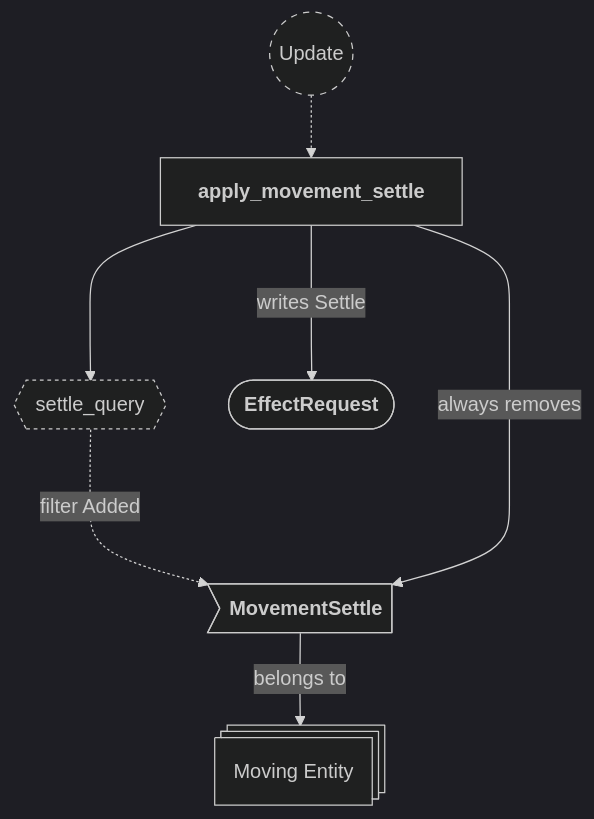
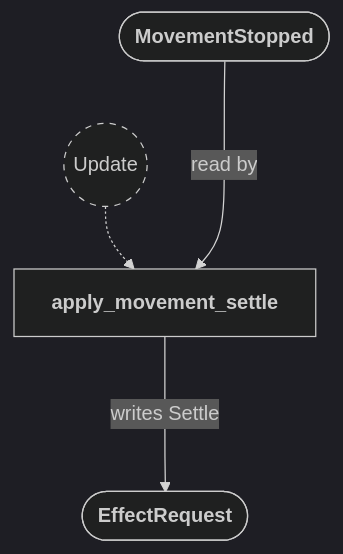
Before and after one commit to neurosoup/tyled: the fifth of 24 diagrams in backlog/docs/doc-10 - 008-Effects-plugin.md, drawn with Mermaid. The commit also changed other lines of this file and 9 other files, not shown here.

````diff
--- a/backlog/docs/doc-10 - 008-Effects-plugin.md
+++ b/backlog/docs/doc-10 - 008-Effects-plugin.md
@@ -360,27 +354,21 @@
 ```mermaid
 ---
 config:
   theme: dark
 ---
 
 flowchart TD
 classDef system-group stroke-dasharray: 5 5
 classDef query stroke-dasharray: 3 3
 
 update(("`Update`")):::system-group
 apply_movement_settle["`**apply_movement_settle**`"]
 
 update -.-> apply_movement_settle
 
-settle_query{{"`settle_query`"}}:::query
-apply_movement_settle ---> settle_query
+movement_stopped_message(["`**MovementStopped**`"])
+movement_stopped_message ---> |read by| apply_movement_settle
 
-moving_entity@{ shape: st-rect, label: "Moving Entity" }
-
-me_settle>"`**MovementSettle**`"] --> |belongs to| moving_entity
-
-settle_query -..-> |filter Added| me_settle
 effect_request(["`**EffectRequest**`"])
 apply_movement_settle ---> |writes Settle| effect_request
-apply_movement_settle ---> |always removes| me_settle
 ```
````
